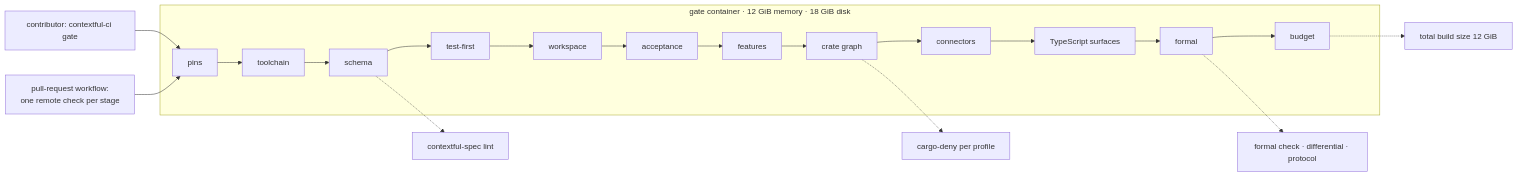
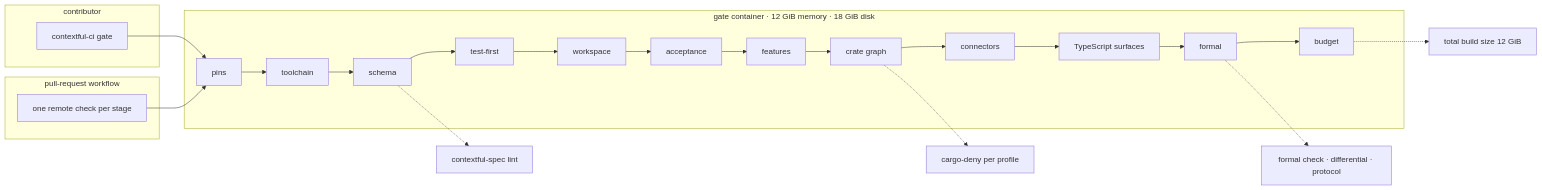
One commit to fractalboxdev/contextful changed the third of 3 diagrams in spec/81-engineering.md. Above: the diagram before and after it, drawn with Mermaid. The commit also changed other lines of this file and 33 other files, not shown here.

Commit message:
spec: diagrams draw contracts, parties and trust zones as containers; a node standing for one is refused

````diff
--- a/spec/81-engineering.md
+++ b/spec/81-engineering.md
@@ -176,14 +179,20 @@
 ```mermaid
 flowchart LR
-  LOCAL["contributor: contextful-ci gate"] --> S1
-  WF["pull-request workflow:<br/>one remote check per stage"] --> S1
+  subgraph contributor["contributor"]
+    LOCAL["contextful-ci gate"]
+  end
+  subgraph forge["pull-request workflow"]
+    WF["one remote check per stage"]
+  end
+  LOCAL --> S1
+  WF --> S1
   subgraph C["gate container · 12 GiB memory · 18 GiB disk"]
     S1["pins"] --> S2["toolchain"] --> S3["schema"] --> S4["test-first"]
     S4 --> S5["workspace"] --> S6["acceptance"] --> S7["features"] --> S8["crate graph"]
     S8 --> S9["connectors"] --> S10["TypeScript surfaces"] --> S11["formal"] --> S12["budget"]
   end
   S3 -.-> LINT["contextful-spec lint"]
   S8 -.-> DENY["cargo-deny per profile"]
   S11 -.-> FORM["formal check · differential · protocol"]
   S12 -.-> SIZE["total build size 12 GiB"]
 ```
````
